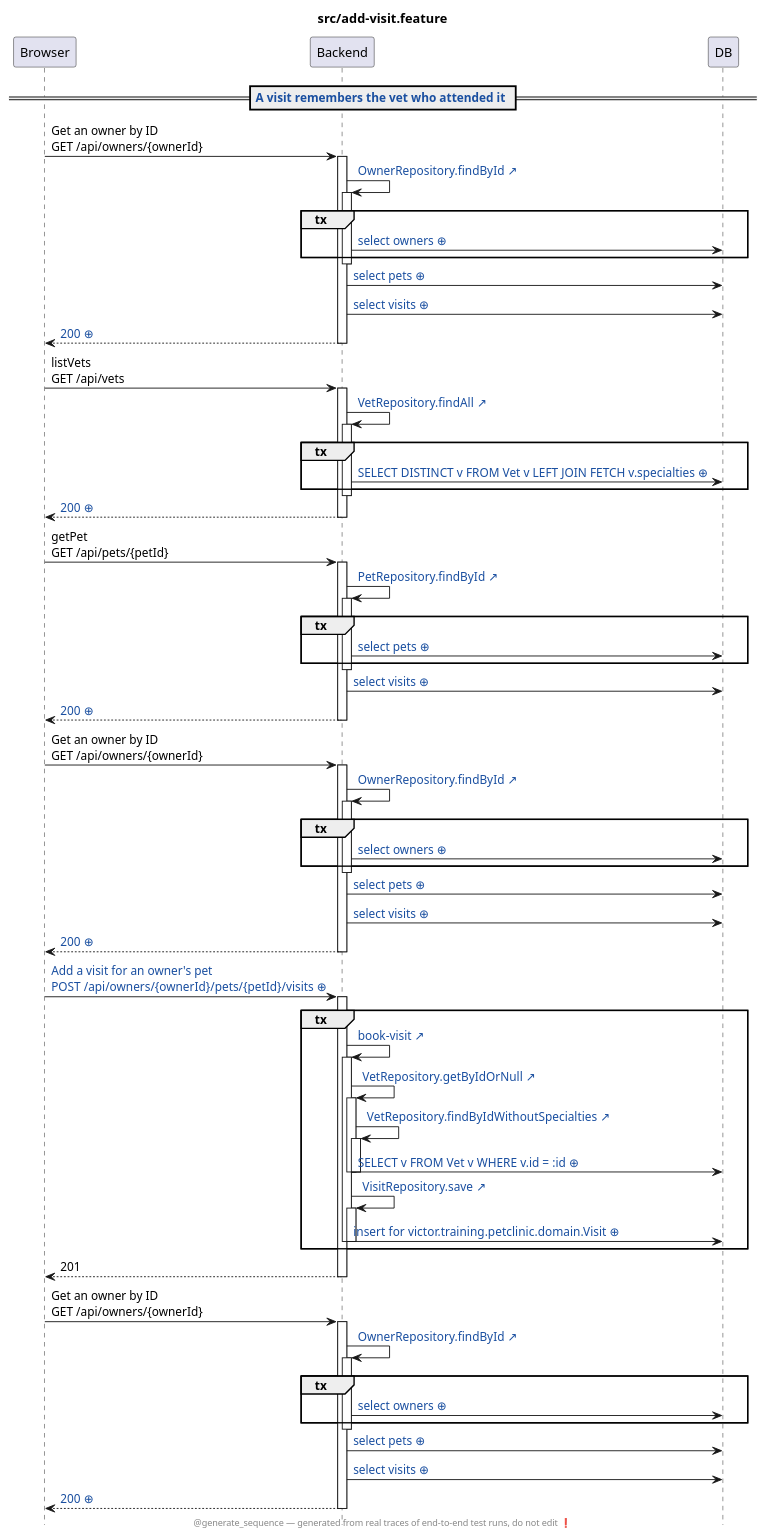
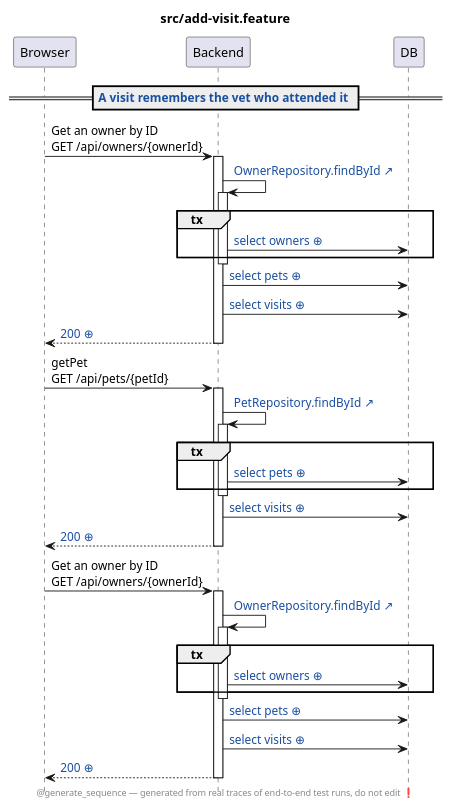
One commit to victorrentea/petclinic changed the diagram in petclinic-test/src/add-visit.feature.genseq.puml. Above: the diagram before and after it, drawn with PlantUML. The commit also changed 8 other files, not shown here.

First line of the commit message:
Re-render the recorded diagrams — and note that three of them came back SHORTER

```diff
--- a/petclinic-test/src/add-visit.feature.genseq.puml
+++ b/petclinic-test/src/add-visit.feature.genseq.puml
@@ -1,89 +1,47 @@
 @startuml
 ' ⚠️  GENERATED FILE — DO NOT EDIT. Every edit is lost on the next run.
 hide footbox
 skinparam hyperlinkUnderline false
 skinparam hyperlinkColor #1A4FA0
 title src/add-visit.feature
 footer @generate_sequence — generated from real traces of end-to-end test runs, do not edit ❗
 participant Browser
 participant Backend
 participant DB
 == [[src://petclinic-test/src/add-visit.feature:16{Click to open the test} A visit remembers the vet who attended it]] ==
 Browser -> Backend: Get an owner by ID\nGET /api/owners/{ownerId}
 activate Backend
 Backend -> Backend: [[src://petclinic-backend/src/main/java/victor/training/petclinic/repository/OwnerRepository.java:14{Click to open OwnerRepository.findById} OwnerRepository.findById ↗]]
 activate Backend
 group tx
-Backend -> DB: [[genseq://0totfe9{Click for the statement behind this call} select owners ⊕]]
+Backend -> DB: [[genseq://0x8aana{Click for the statement behind this call} select owners ⊕]]
 end
 deactivate Backend
-Backend -> DB: [[genseq://1hjadar{Click for the statement behind this call} select pets ⊕]]
-Backend -> DB: [[genseq://1bcshtp{Click for the statement behind this call} select visits ⊕]]
-Backend --> Browser: [[genseq://13rmoxo{Click for this call’s JSON body} 200 ⊕]]
-deactivate Backend
-Browser -> Backend: listVets\nGET /api/vets
-activate Backend
-Backend -> Backend: [[src://petclinic-backend/src/main/java/victor/training/petclinic/repository/VetRepository.java:13{Click to open VetRepository.findAll} VetRepository.findAll ↗]]
-activate Backend
-group tx
-Backend -> DB: [[genseq://0p6yxbc{Click for the statement behind this call} SELECT DISTINCT v FROM Vet v LEFT JOIN FETCH v.specialties ⊕]]
-end
-deactivate Backend
-Backend --> Browser: [[genseq://1nmg2oo{Click for this call’s JSON body} 200 ⊕]]
+Backend -> DB: [[genseq://18567ho{Click for the statement behind this call} select pets ⊕]]
+Backend -> DB: [[genseq://13apewa{Click for the statement behind this call} select visits ⊕]]
+Backend --> Browser: [[genseq://13cdpck{Click for this call’s JSON body} 200 ⊕]]
 deactivate Backend
 Browser -> Backend: getPet\nGET /api/pets/{petId}
 activate Backend
 Backend -> Backend: [[src://petclinic-backend/src/main/java/victor/training/petclinic/repository/PetRepository.java:16{Click to open PetRepository.findById} PetRepository.findById ↗]]
 activate Backend
 group tx
-Backend -> DB: [[genseq://0jw0huv{Click for the statement behind this call} select pets ⊕]]
+Backend -> DB: [[genseq://0y7w2ps{Click for the statement behind this call} select pets ⊕]]
 end
 deactivate Backend
-Backend -> DB: [[genseq://1bcshtp{Click for the statement behind this call} select visits ⊕]]
-Backend --> Browser: [[genseq://045m2da{Click for this call’s JSON body} 200 ⊕]]
+Backend -> DB: [[genseq://13apewa{Click for the statement behind this call} select visits ⊕]]
+Backend --> Browser: [[genseq://106exvu{Click for this call’s JSON body} 200 ⊕]]
 deactivate Backend
 Browser -> Backend: Get an owner by ID\nGET /api/owners/{ownerId}
 activate Backend
 Backend -> Backend: [[src://petclinic-backend/src/main/java/victor/training/petclinic/repository/OwnerRepository.java:14{Click to open OwnerRepository.findById} OwnerRepository.findById ↗]]
 activate Backend
 group tx
-Backend -> DB: [[genseq://0totfe9{Click for the statement behind this call} select owners ⊕]]
+Backend -> DB: [[genseq://0x8aana{Click for the statement behind this call} select owners ⊕]]
 end
 deactivate Backend
-Backend -> DB: [[genseq://1hjadar{Click for the statement behind this call} select pets ⊕]]
-Backend -> DB: [[genseq://1bcshtp{Click for the statement behind this call} select visits ⊕]]
-Backend --> Browser: [[genseq://162q2qc{Click for this call’s JSON body} 200 ⊕]]
-deactivate Backend
-Browser -> Backend: [[genseq://0o4d8tf{Click for this call’s JSON body} Add a visit for an owner's pet\nPOST /api/owners/{ownerId}/pets/{petId}/visits ⊕]]
-activate Backend
-group tx
-Backend -> Backend: [[src://petclinic-backend/src/main/java/victor/training/petclinic/rest/OwnerRestController.java:193{Click to open OwnerRestController.bookVisit} book-visit ↗]]
-activate Backend
-Backend -> Backend: [[src://petclinic-backend/src/main/java/victor/training/petclinic/repository/VetRepository.java:29{Click to open VetRepository.getByIdOrNull} VetRepository.getByIdOrNull ↗]]
-activate Backend
-Backend -> Backend: [[src://petclinic-backend/src/main/java/victor/training/petclinic/repository/VetRepository.java:20{Click to open VetRepository.findByIdWithoutSpecialties} VetRepository.findByIdWithoutSpecialties ↗]]
-activate Backend
-Backend -> DB: [[genseq://13xrn4k{Click for the statement behind this call} SELECT v FROM Vet v WHERE v.id = :id ⊕]]
-deactivate Backend
-deactivate Backend
-Backend -> Backend: [[src://petclinic-backend/src/main/java/victor/training/petclinic/repository/VisitRepository.java:14{Click to open VisitRepository.save} VisitRepository.save ↗]]
-activate Backend
-Backend -> DB: [[genseq://07ej2hx{Click for the statement behind this call} insert for victor.training.petclinic.domain.Visit ⊕]]
-deactivate Backend
-deactivate Backend
-end
-Backend --> Browser: 201
-deactivate Backend
-Browser -> Backend: Get an owner by ID\nGET /api/owners/{ownerId}
-activate Backend
-Backend -> Backend: [[src://petclinic-backend/src/main/java/victor/training/petclinic/repository/OwnerRepository.java:14{Click to open OwnerRepository.findById} OwnerRepository.findById ↗]]
-activate Backend
-group tx
-Backend -> DB: [[genseq://0totfe9{Click for the statement behind this call} select owners ⊕]]
-end
-deactivate Backend
-Backend -> DB: [[genseq://1hjadar{Click for the statement behind this call} select pets ⊕]]
-Backend -> DB: [[genseq://1bcshtp{Click for the statement behind this call} select visits ⊕]]
-Backend --> Browser: [[genseq://06yf4hn{Click for this call’s JSON body} 200 ⊕]]
+Backend -> DB: [[genseq://18567ho{Click for the statement behind this call} select pets ⊕]]
+Backend -> DB: [[genseq://13apewa{Click for the statement behind this call} select visits ⊕]]
+Backend --> Browser: [[genseq://13cdpck{Click for this call’s JSON body} 200 ⊕]]
 deactivate Backend
 @enduml
```
